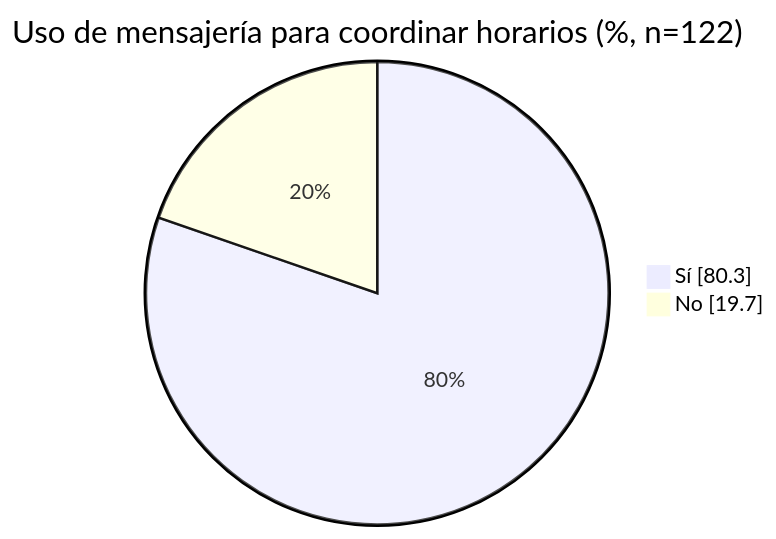
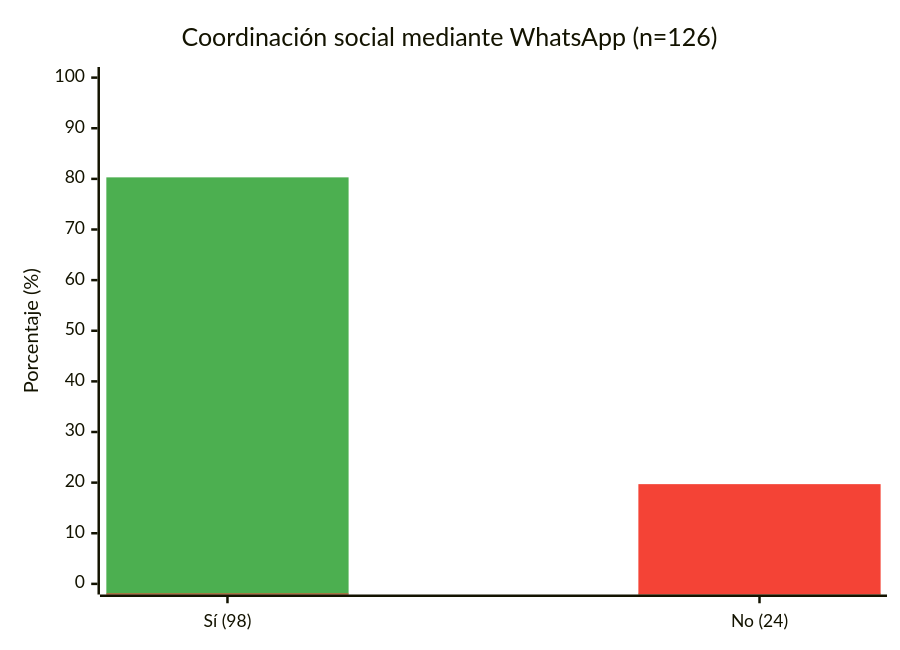
Before and after one commit to smith-3/Taller-Grado-II: the diagram in images/diagrams/encuesta_whatsapp.mmd, drawn with Mermaid. The commit also changed 10 other files, not shown here.

```diff
--- a/images/diagrams/encuesta_whatsapp.mmd
+++ b/images/diagrams/encuesta_whatsapp.mmd
@@ -1,5 +1,14 @@
-%%{init: { 'theme': 'default', 'pie': { 'textPosition': 0.5 }, 'themeVariables': { 'pieOuterStrokeWidth': 2, 'pieInnerRadius': 50 } } }%%
-pie showData
-    title Uso de mensajería para coordinar horarios (%, n=122)
-    "Sí" : 80.3
-    "No" : 19.7
+%%{init: {
+  'theme': 'default',
+  'themeVariables': {
+    'xyChart': {
+      'plotColorPalette': '#4CAF50, #F44336'
+    }
+  }
+}}%%
+xychart-beta
+    title "Coordinación social mediante WhatsApp (n=126)"
+    x-axis ["Sí (98)", "No (24)"]
+    y-axis "Porcentaje (%)" 0 --> 100
+    bar [80.3, -1.9]
+    bar [-1.9, 19.7]
```
